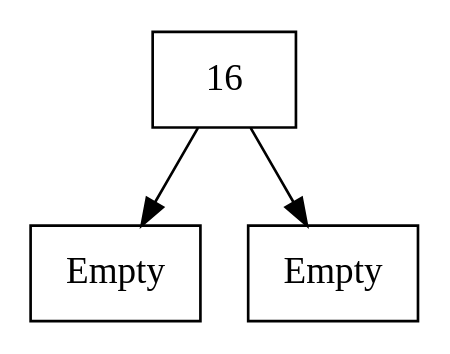
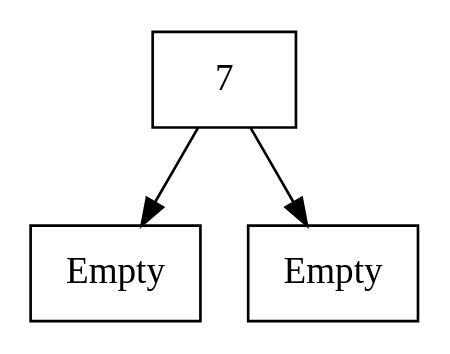
One commit to H4XOR98/CP-1920 changed the diagram in cp1920t/_.dot. Above: the diagram before and after it, drawn with Graphviz. The commit also changed 1 other file, not shown here.

```diff
--- a/cp1920t/_.dot
+++ b/cp1920t/_.dot
@@ -1,9 +1,9 @@
 digraph G {
     /* edge [label=0]; */
     graph [ranksep=0.5];
-    0 [shape=record, label="{{16}}"];
+    0 [shape=record, label="{{7}}"];
     2 [shape=record, label="{{Empty}}"];
     1 [shape=record, label="{{Empty}}"];
     0 -> 2;
     0 -> 1;
 }
```
